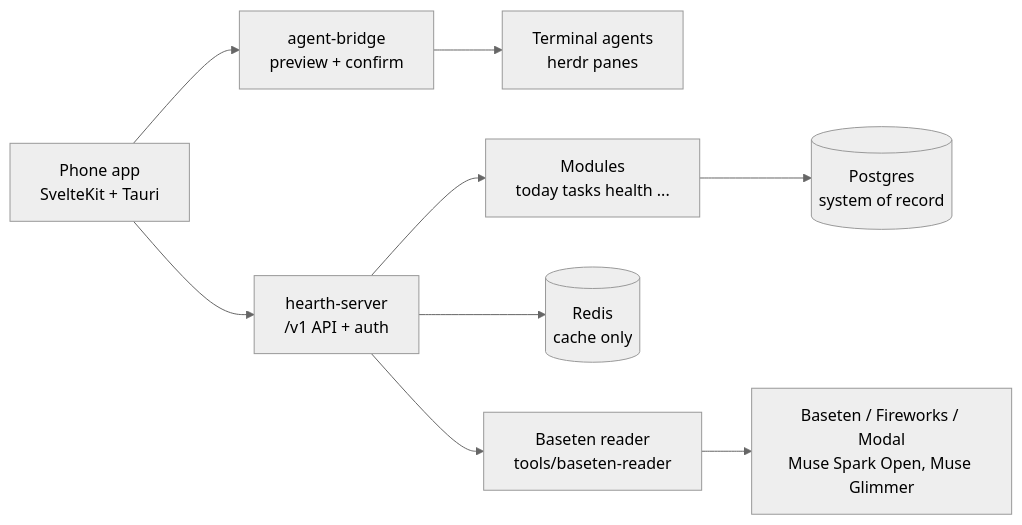
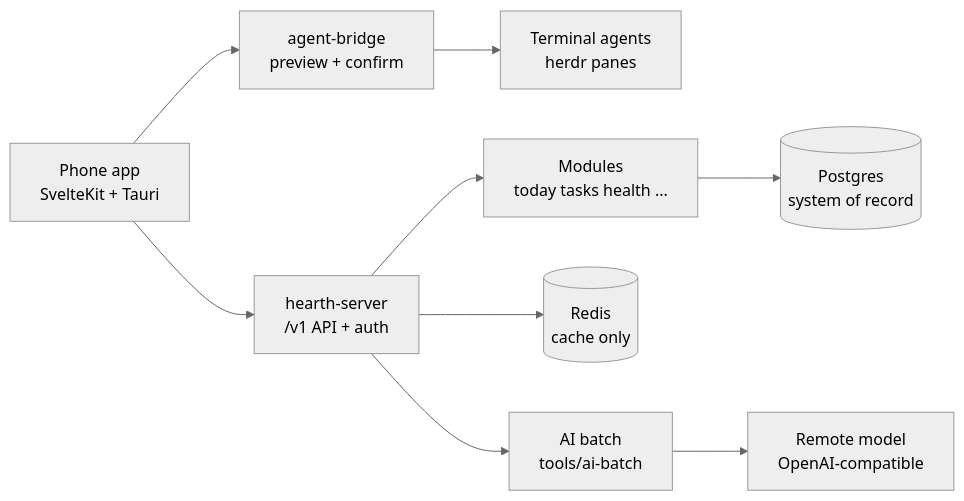
Before and after one commit to sanmayp/hearth: the diagram in docs/ARCHITECTURE.md, drawn with Mermaid (neutral theme). The commit also changed other lines of this file and 19 other files, not shown here.

Commit message:
Remove Baseten and Modal. Provider-neutral batch plus mock.

````diff
--- a/docs/ARCHITECTURE.md
+++ b/docs/ARCHITECTURE.md
@@ -10,11 +10,11 @@
 ```mermaid
 flowchart LR
     Phone[Phone app\nSvelteKit + Tauri] --> API[hearth-server\n/v1 API + auth]
     Phone --> Bridge[agent-bridge\npreview + confirm]
     Bridge --> Herd[Terminal agents\nherdr panes]
     API --> Mods[Modules\ntoday tasks health ...]
     Mods --> PG[(Postgres\nsystem of record)]
     API --> Cache[(Redis\ncache only)]
-    Reader[Baseten reader\ntools/baseten-reader] --> Models[Baseten / Fireworks / Modal\nMuse Spark Open, Muse Glimmer]
+    Reader[AI batch\ntools/ai-batch] --> Models[Remote model\nOpenAI-compatible]
     API --> Reader
 ```
````
